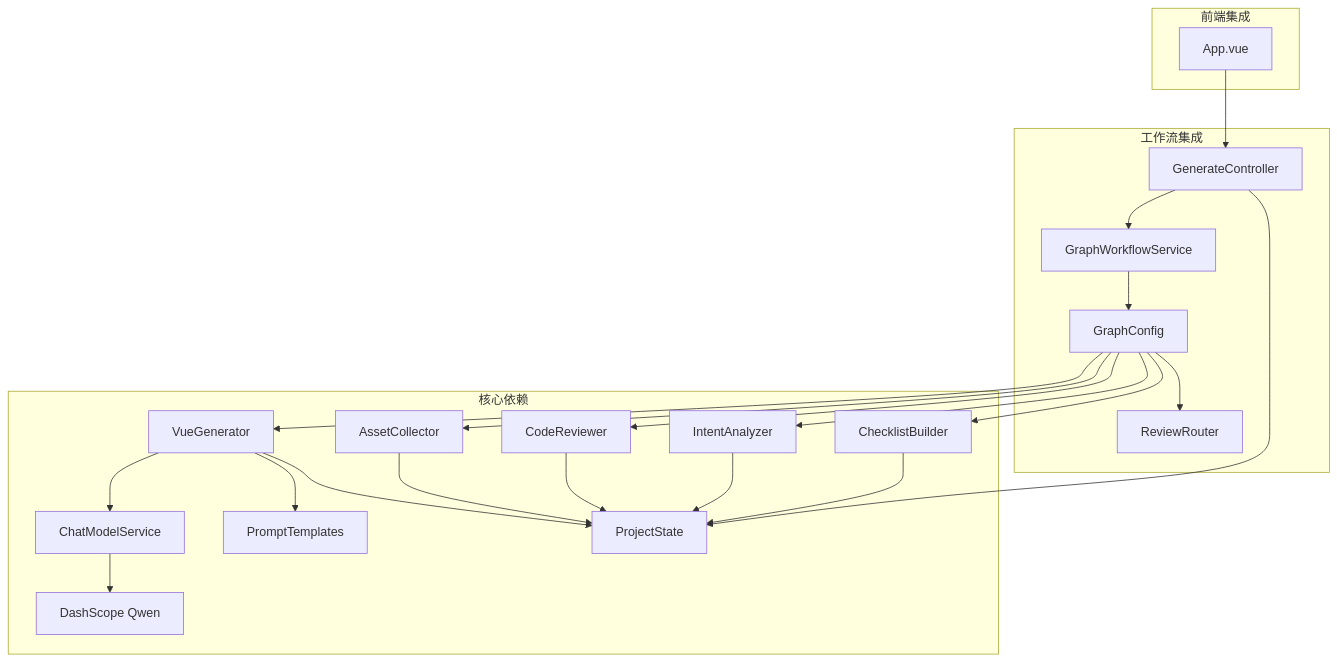
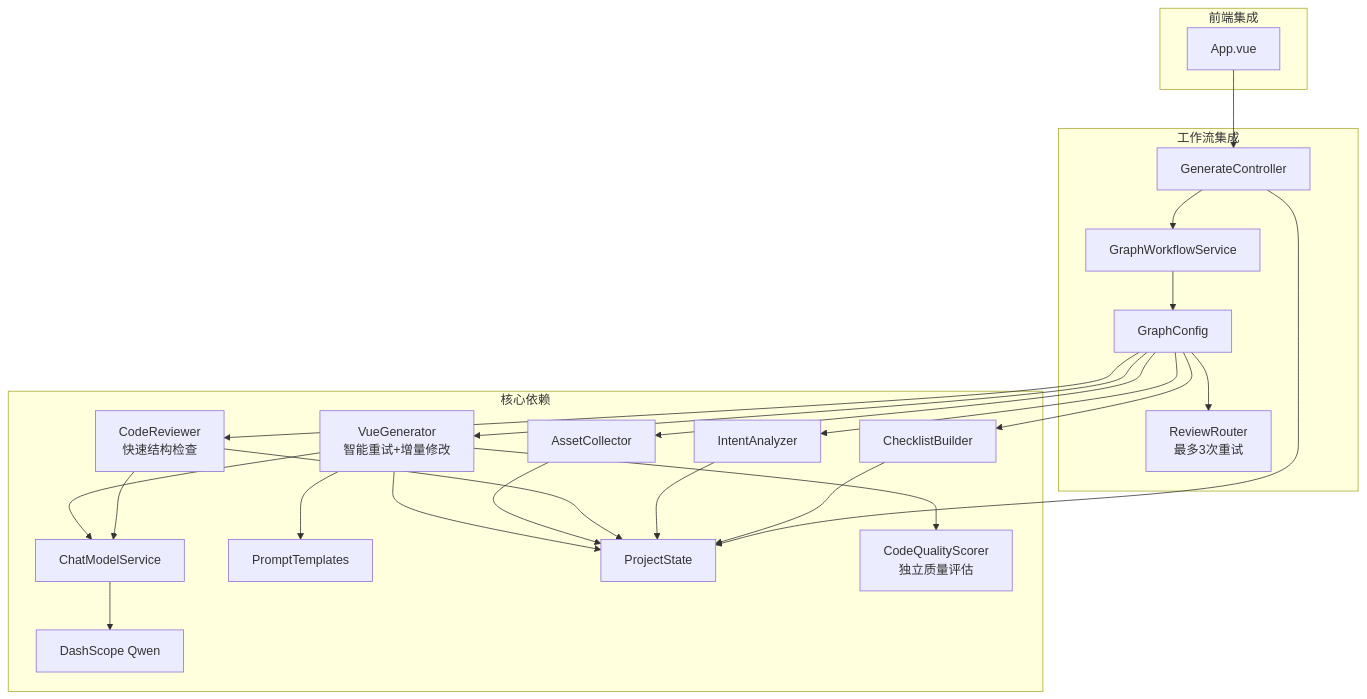
Diagram 16 of 16 in .qoder/repowiki/zh/content/AI工作流系统/AI节点分析/Vue代码生成节点.md (CyanYuKi/WebSiteFrontendCodeMother), drawn with Mermaid before and after one commit. The commit also changed other lines of this file and 21 other files, not shown here.

````diff
--- a/.qoder/repowiki/zh/content/AI工作流系统/AI节点分析/Vue代码生成节点.md
+++ b/.qoder/repowiki/zh/content/AI工作流系统/AI节点分析/Vue代码生成节点.md
@@ -337,27 +612,29 @@
 ```mermaid
 graph TB
 subgraph "核心依赖"
-VG["VueGenerator"] --> CSM["ChatModelService"]
+VG["VueGenerator<br/>智能重试+增量修改"] --> CSM["ChatModelService"]
 VG --> PT["PromptTemplates"]
 VG --> PS["ProjectState"]
+VG --> CQS["CodeQualityScorer<br/>独立质量评估"]
 AC["AssetCollector"] --> PS
-CR["CodeReviewer"] --> PS
+CR["CodeReviewer<br/>快速结构检查"] --> PS
+CR --> CSM
 IA["IntentAnalyzer"] --> PS
 CB["ChecklistBuilder"] --> PS
 CSM --> LLM["DashScope Qwen"]
 end
 subgraph "工作流集成"
 CFG["GraphConfig"] --> IA
 CFG --> CB
 CFG --> AC
 CFG --> VG
 CFG --> CR
-CFG --> RR["ReviewRouter"]
+CFG --> RR["ReviewRouter<br/>最多3次重试"]
 WF["GraphWorkflowService"] --> CFG
 API["GenerateController"] --> WF
 end
 subgraph "前端集成"
 FE["App.vue"] --> API
 API --> PS
 end
 ```
````
